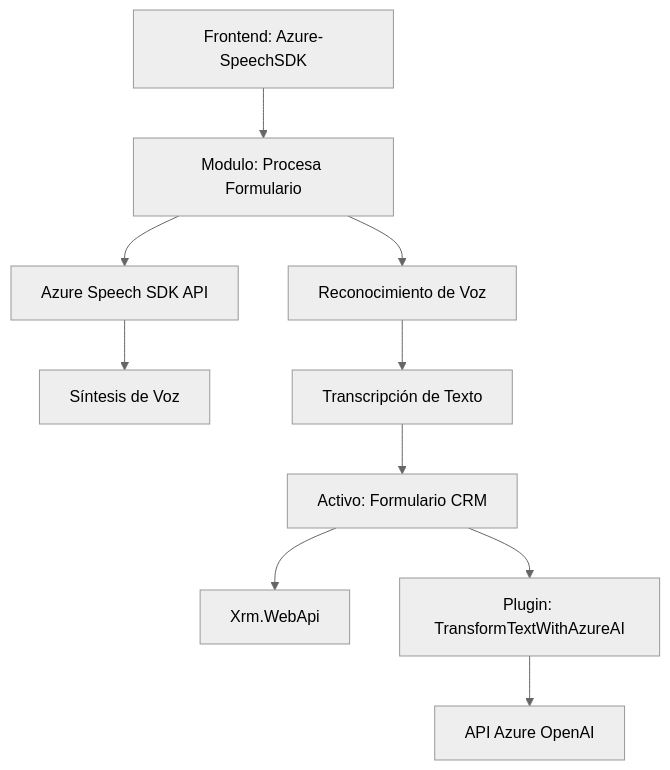
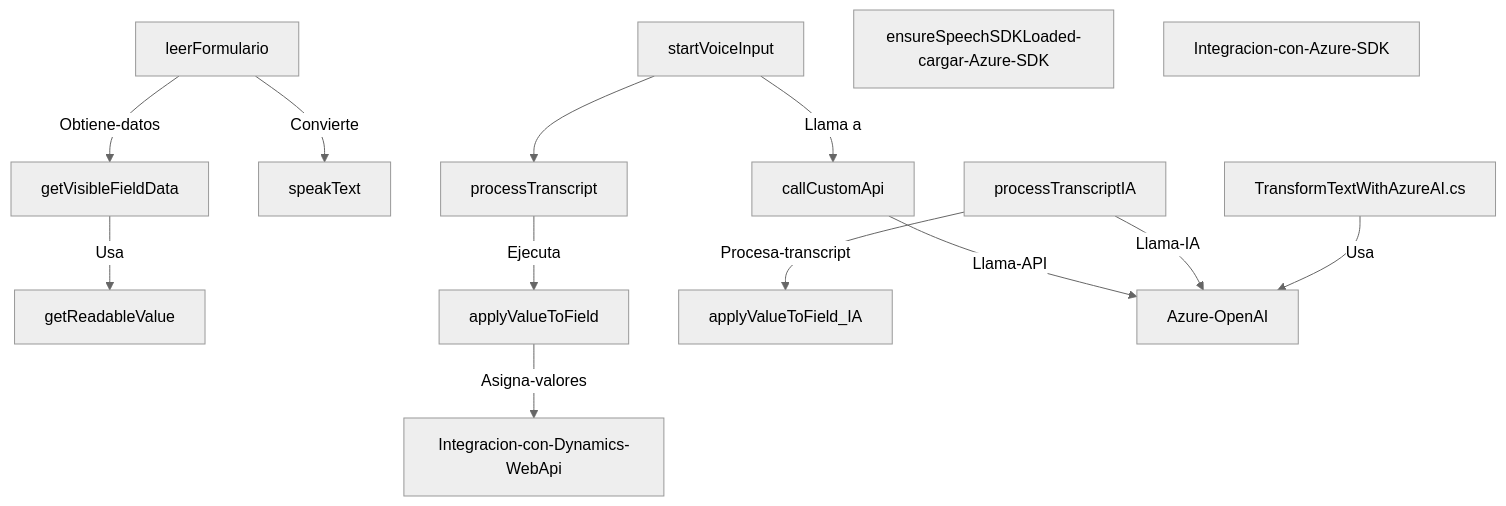
One commit to blopezdm/NETCORE_BILBAO2025 changed the diagram in README.md. Above: the diagram before and after it, drawn with Mermaid (neutral theme). The commit also changed other lines of this file, not shown here.

Commit message:
Actualizar análisis global de la solución con IA

````diff
--- a/README.md
+++ b/README.md
@@ -44,12 +42,30 @@
 ```mermaid
 graph TD
-    A["Frontend: Azure-SpeechSDK"] --> B["Modulo: Procesa Formulario"]
-    B --> C["Azure Speech SDK API"]
-    C --> D["Síntesis de Voz"]
-    B --> E["Reconocimiento de Voz"]
-    E --> F["Transcripción de Texto"]
-    F --> G["Activo: Formulario CRM"]
-    G --> H["Xrm.WebApi"]
-    G --> J["Plugin: TransformTextWithAzureAI"]
-    J --> K["API Azure OpenAI"]
+    A["startVoiceInput"]
+    B["leerFormulario"]
+    D["getVisibleFieldData"]
+    E["getReadableValue"]
+    C["speakText"]
+    F["ensureSpeechSDKLoaded-cargar-Azure-SDK"]
+    G["callCustomApi"]
+    H["processTranscript"]
+    I["processTranscriptIA"]
+    J["applyValueToField"]
+    K["applyValueToField_IA"]
+    M["Integracion-con-Dynamics-WebApi"]
+    P["Integracion-con-Azure-SDK"]
+    X["Azure-OpenAI"]
+    Y["TransformTextWithAzureAI.cs"]
+    
+    A -->|Llama a| G
+    A --> H
+    B -->|Obtiene-datos| D
+    B -->|Convierte| C
+    D -->|Usa| E
+    G -->|Llama-API| X
+    H -->|Ejecuta| J
+    I -->|Llama-IA| X
+    I -->|Procesa-transcript| K
+    J -->|Asigna-valores| M
+    Y -->|Usa| X
 ```
````
